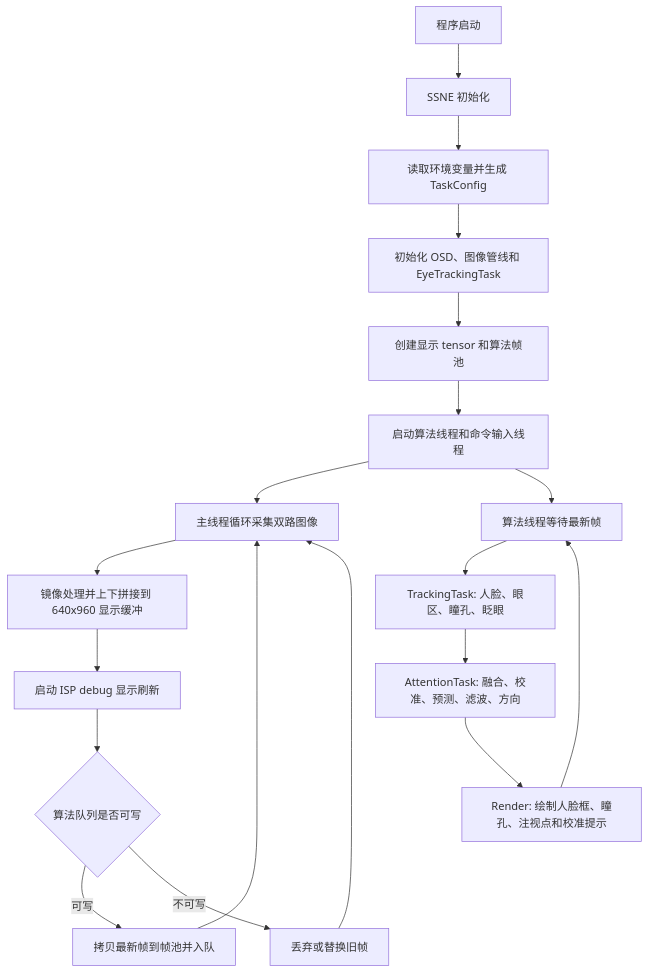
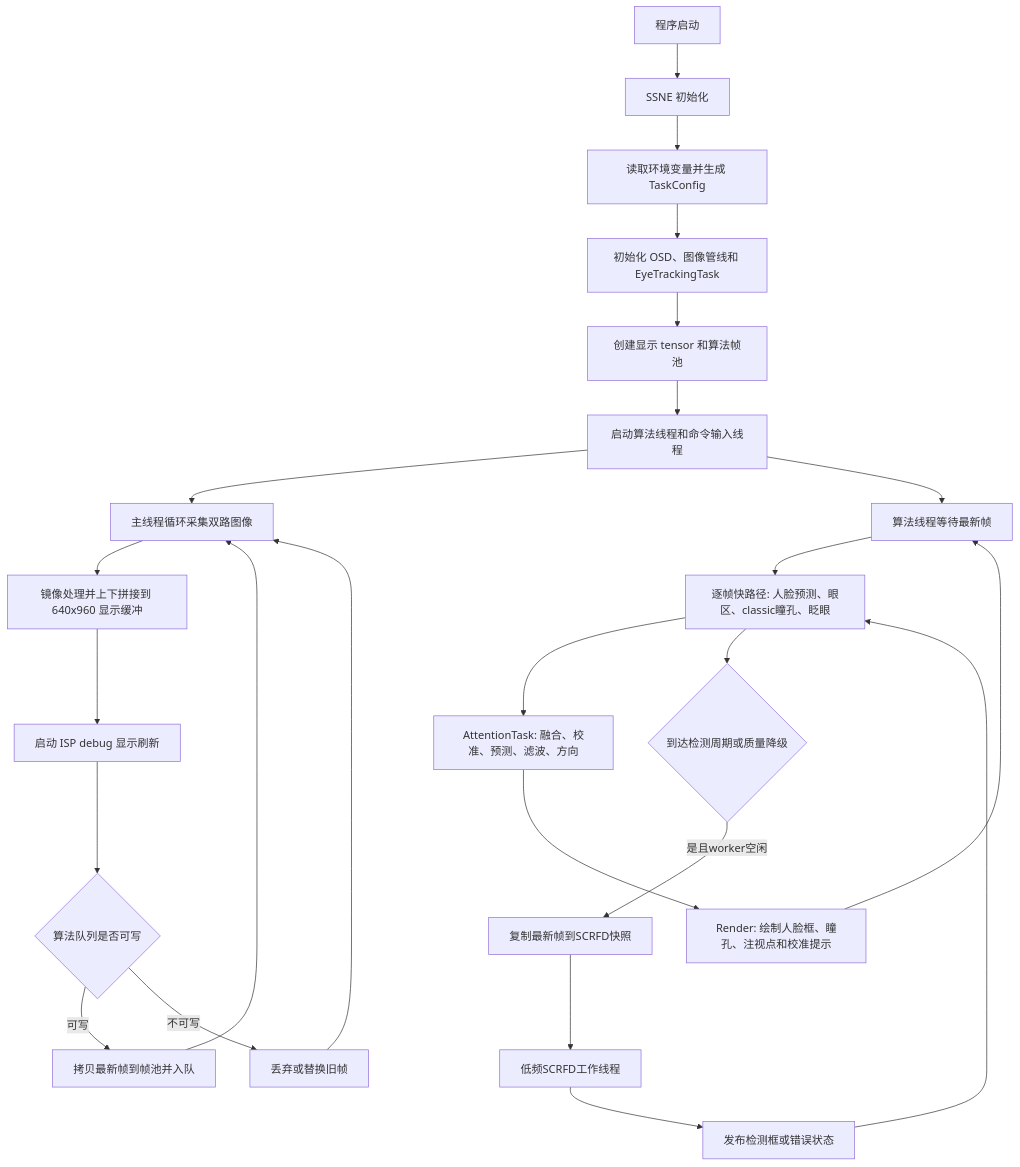
The diagram in eye_track_demo/README.md (sunrise-sky/Eye_tracking), drawn with Mermaid before and after one commit. The commit also changed other lines of this file and 3 other files, not shown here.

````diff
--- a/eye_track_demo/README.md
+++ b/eye_track_demo/README.md
@@ -113,23 +113,29 @@
 ```mermaid
 flowchart TD
     A[程序启动] --> B[SSNE 初始化]
     B --> C[读取环境变量并生成 TaskConfig]
     C --> D[初始化 OSD、图像管线和 EyeTrackingTask]
     D --> E[创建显示 tensor 和算法帧池]
     E --> F[启动算法线程和命令输入线程]
 
     F --> G[主线程循环采集双路图像]
     G --> H[镜像处理并上下拼接到 640x960 显示缓冲]
     H --> I[启动 ISP debug 显示刷新]
     I --> J{算法队列是否可写}
     J -->|可写| K[拷贝最新帧到帧池并入队]
     J -->|不可写| L[丢弃或替换旧帧]
     K --> G
     L --> G
 
     F --> M[算法线程等待最新帧]
-    M --> N[TrackingTask: 人脸、眼区、瞳孔、眨眼]
+    M --> N[逐帧快路径: 人脸预测、眼区、classic瞳孔、眨眼]
     N --> O[AttentionTask: 融合、校准、预测、滤波、方向]
     O --> P[Render: 绘制人脸框、瞳孔、注视点和校准提示]
     P --> M
+
+    N --> Q{到达检测周期或质量降级}
+    Q -->|是且worker空闲| R[复制最新帧到SCRFD快照]
+    R --> S[低频SCRFD工作线程]
+    S --> T[发布检测框或错误状态]
+    T --> N
 ```
````
